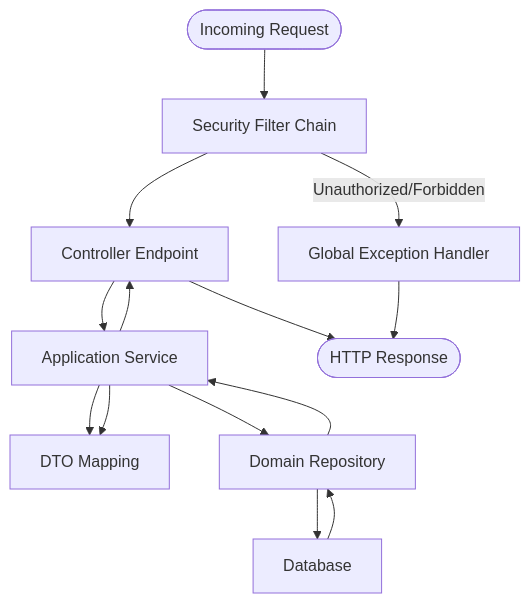
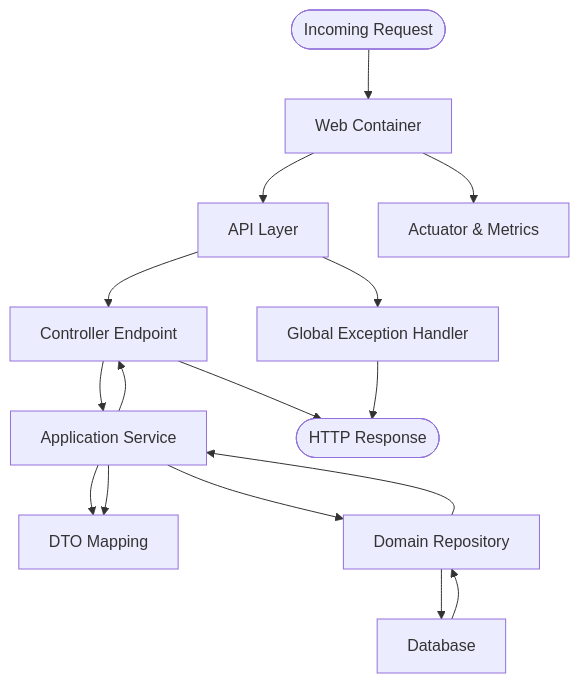
Before and after one commit to Vostrikov2014/vks-qoder: the eighth of 9 diagrams in .qoder/repowiki/en/content/Backend Modules/Backend Modules.md, drawn with Mermaid. The commit also changed other lines of this file and 9 other files, not shown here.

````diff
--- a/.qoder/repowiki/en/content/Backend Modules/Backend Modules.md
+++ b/.qoder/repowiki/en/content/Backend Modules/Backend Modules.md
@@ -323,16 +366,18 @@
 ```mermaid
 flowchart TD
-Start(["Incoming Request"]) --> Auth["Security Filter Chain"]
-Auth --> Controller["Controller Endpoint"]
+Start(["Incoming Request"]) --> Web["Web Container"]
+Web --> Api["API Layer"]
+Api --> Controller["Controller Endpoint"]
 Controller --> Service["Application Service"]
 Service --> Mapper["DTO Mapping"]
 Service --> Repo["Domain Repository"]
 Repo --> DB["Database"]
 DB --> Repo
 Repo --> Service
 Service --> Mapper
 Service --> Controller
 Controller --> Response(["HTTP Response"])
-Auth --> |Unauthorized/Forbidden| Error["Global Exception Handler"]
+Api --> Error["Global Exception Handler"]
 Error --> Response
+Web --> Monitor["Actuator & Metrics"]
 ```
````
